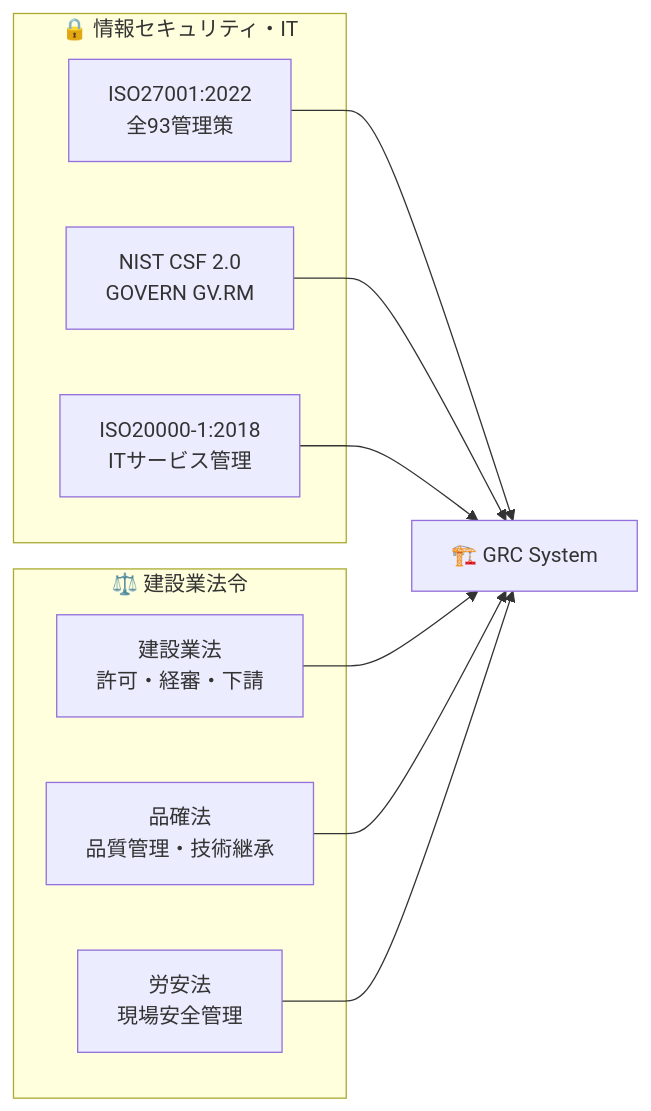
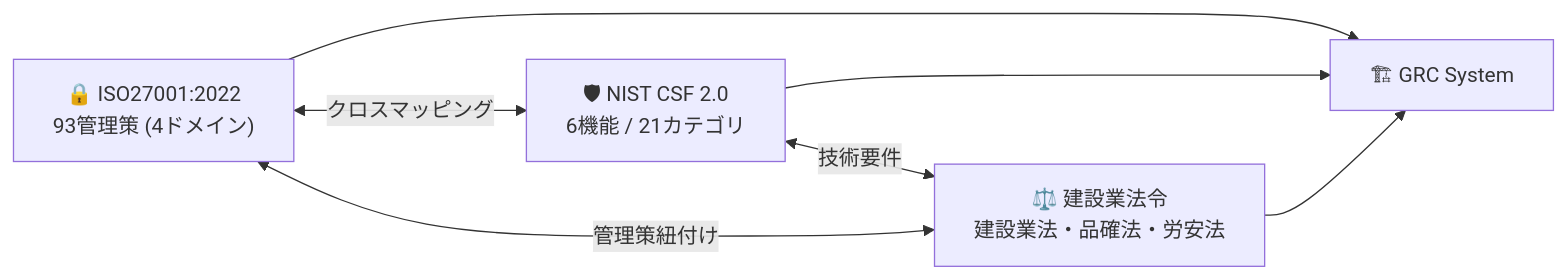
The second of 3 diagrams in README.md (Kensan196948G/Construction-GRC-System), drawn with Mermaid before and after one commit. The commit also changed other lines of this file and 9 other files, not shown here.

````diff
--- a/README.md
+++ b/README.md
@@ -207,23 +87,15 @@
 ```mermaid
 graph LR
-    subgraph IT["🔒 情報セキュリティ・IT"]
-        ISO["ISO27001:2022<br/>全93管理策"]
-        NIST["NIST CSF 2.0<br/>GOVERN GV.RM"]
-        ISO2["ISO20000-1:2018<br/>ITサービス管理"]
-    end
+    ISO["🔒 ISO27001:2022<br/>93管理策 (4ドメイン)"]
+    NIST["🛡 NIST CSF 2.0<br/>6機能 / 21カテゴリ"]
+    LAW["⚖️ 建設業法令<br/>建設業法・品確法・労安法"]
 
-    subgraph LAW["⚖️ 建設業法令"]
-        KEN["建設業法<br/>許可・経審・下請"]
-        HIN["品確法<br/>品質管理・技術継承"]
-        ROU["労安法<br/>現場安全管理"]
-    end
+    ISO <-->|クロスマッピング| NIST
+    NIST <-->|技術要件| LAW
+    LAW <-->|管理策紐付け| ISO
 
-    GRC["🏗️ GRC System"]
-
+    GRC["🏗 GRC System"]
     ISO --> GRC
     NIST --> GRC
-    ISO2 --> GRC
-    KEN --> GRC
-    HIN --> GRC
-    ROU --> GRC
+    LAW --> GRC
 ```
````
